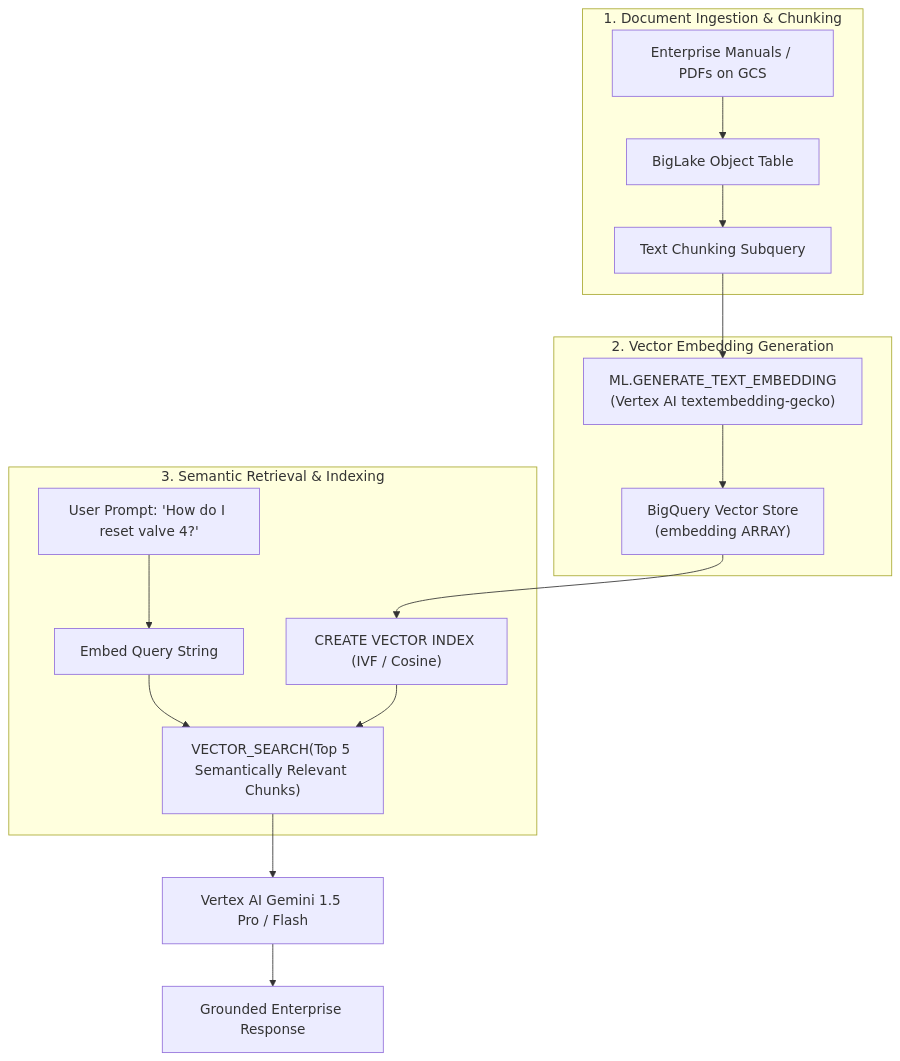
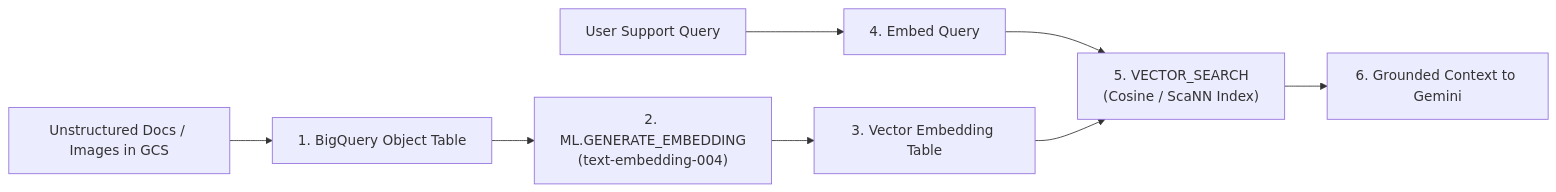
The third of 4 diagrams in 04_phase3_exam_domains/domain_4_preparing_and_using_data_for_analysis.md (rohithvishaal/GCP_PDE_Notes), drawn with Mermaid before and after one commit. The commit also changed other lines of this file and 8 other files, not shown here.

````diff
--- a/04_phase3_exam_domains/domain_4_preparing_and_using_data_for_analysis.md
+++ b/04_phase3_exam_domains/domain_4_preparing_and_using_data_for_analysis.md
@@ -233,21 +201,9 @@
 ```mermaid
-flowchart TD
-    subgraph Ingestion_and_Chunking["1. Document Ingestion & Chunking"]
-        Docs["Enterprise Manuals / PDFs on GCS"] --> ObjTable["BigLake Object Table"]
-        ObjTable --> Chunking["Text Chunking Subquery"]
-    end
-
-    subgraph Embedding_Generation["2. Vector Embedding Generation"]
-        Chunking --> EmbedFn["ML.GENERATE_TEXT_EMBEDDING<br/>(Vertex AI textembedding-gecko)"]
-        EmbedFn --> VectorTable["BigQuery Vector Store<br/>(embedding ARRAY<FLOAT64>)"]
-    end
-
-    subgraph Vector_Indexing_and_Search["3. Semantic Retrieval & Indexing"]
-        VectorTable --> VIndex["CREATE VECTOR INDEX (IVF / Cosine)"]
-        UserPrompt["User Prompt: 'How do I reset valve 4?'"] --> PromptEmbed["Embed Query String"]
-        PromptEmbed & VIndex --> TopK["VECTOR_SEARCH(Top 5 Semantically Relevant Chunks)"]
-    end
-
-    TopK --> LLM["Vertex AI Gemini 1.5 Pro / Flash"]
-    LLM --> Answer["Grounded Enterprise Response"]
+flowchart LR
+    Unstructured["Unstructured Docs / Images in GCS"] --> ObjTable["1. BigQuery Object Table"]
+    ObjTable --> Embed["2. ML.GENERATE_EMBEDDING<br/>(text-embedding-004)"]
+    Embed --> VecTable["3. Vector Embedding Table"]
+    UserQuery["User Support Query"] --> QEmbed["4. Embed Query"]
+    QEmbed & VecTable --> VecSearch["5. VECTOR_SEARCH<br/>(Cosine / ScaNN Index)"]
+    VecSearch --> Grounding["6. Grounded Context to Gemini"]
 ```
````
